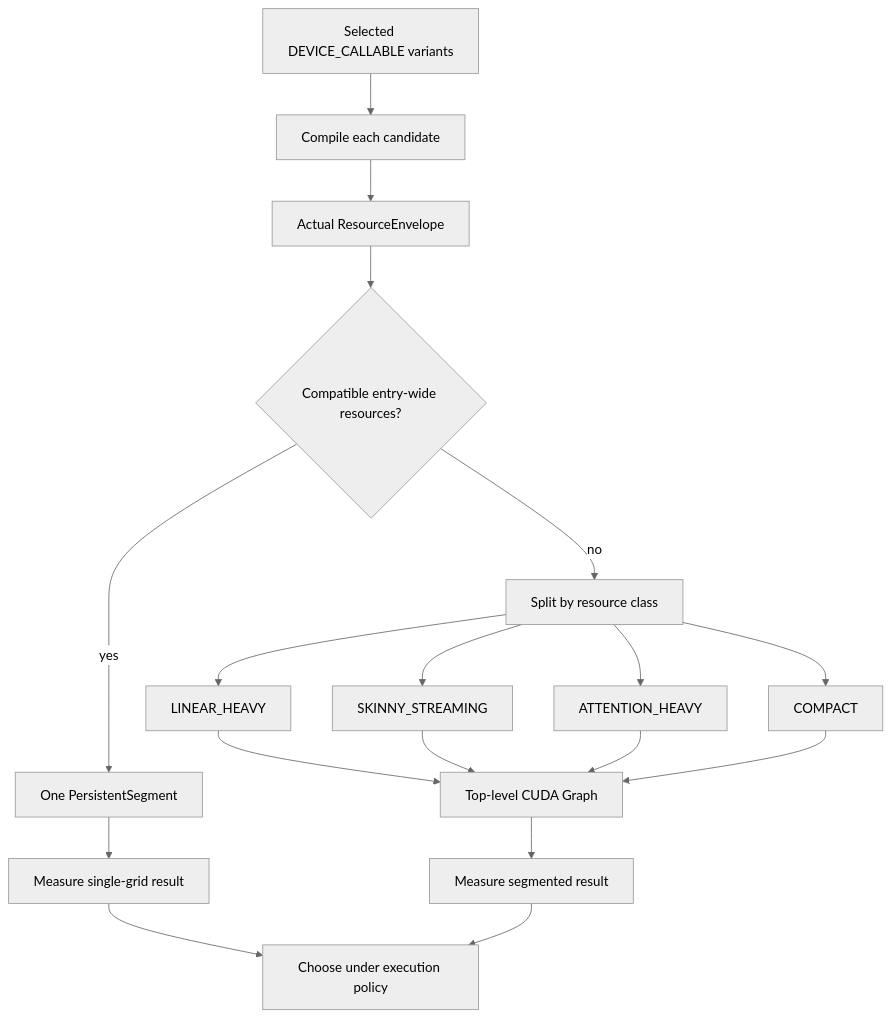
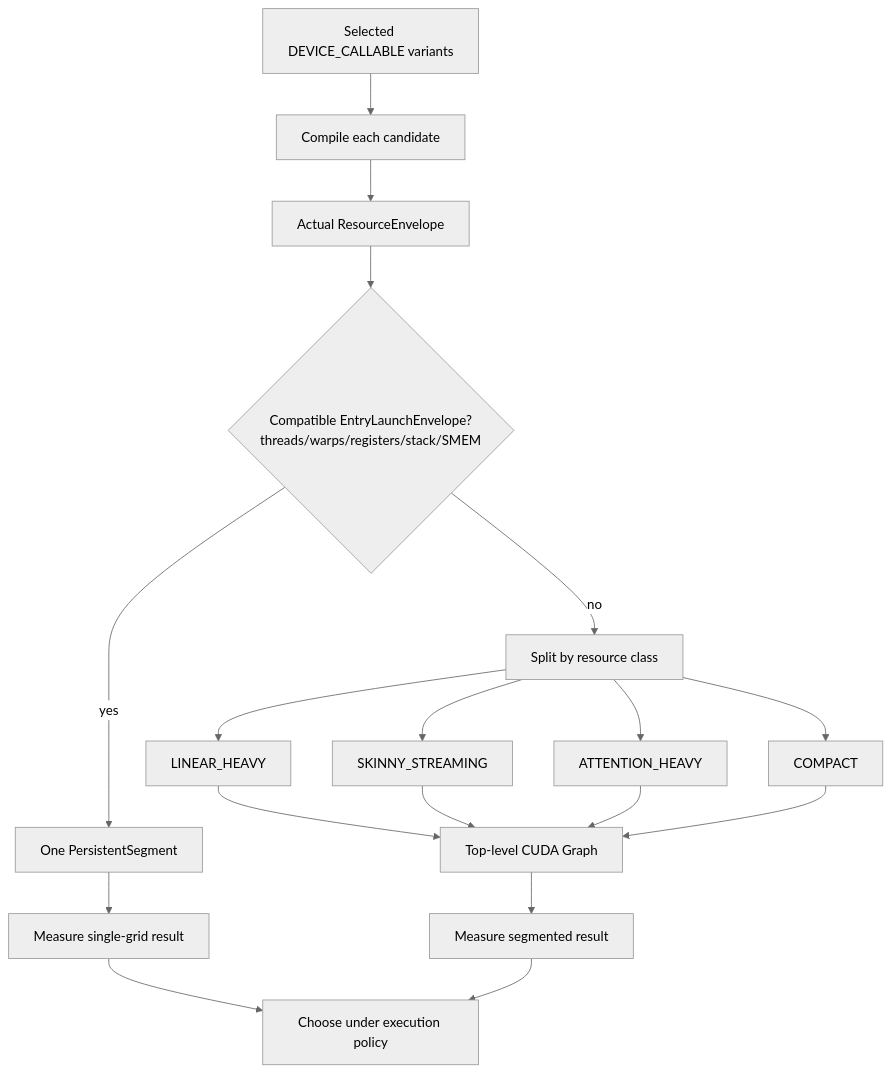
One commit to megabake/megabake changed the eighth of 16 diagrams in MEGABAKE_V2_DATAFLOW_DIAGRAM.md. Above: the diagram before and after it, drawn with Mermaid (neutral theme). The commit also changed other lines of this file and 6 other files, not shown here.

Commit message:
updating the final architecture

````diff
--- a/MEGABAKE_V2_DATAFLOW_DIAGRAM.md
+++ b/MEGABAKE_V2_DATAFLOW_DIAGRAM.md
@@ -314,22 +367,22 @@
 ```mermaid
 flowchart TD
   A["Selected DEVICE_CALLABLE variants"] --> B["Compile each candidate"]
   B --> C["Actual ResourceEnvelope"]
-  C --> D{"Compatible entry-wide resources?"}
+  C --> D{"Compatible EntryLaunchEnvelope?<br/>threads/warps/registers/stack/SMEM"}
   D -->|yes| E["One PersistentSegment"]
   D -->|no| F["Split by resource class"]
 
   F --> F1["LINEAR_HEAVY"]
   F --> F2["SKINNY_STREAMING"]
   F --> F3["ATTENTION_HEAVY"]
   F --> F4["COMPACT"]
 
   E --> G["Measure single-grid result"]
   F1 --> H["Top-level CUDA Graph"]
   F2 --> H
   F3 --> H
   F4 --> H
   H --> I["Measure segmented result"]
   G --> J["Choose under execution policy"]
   I --> J
 ```
````
